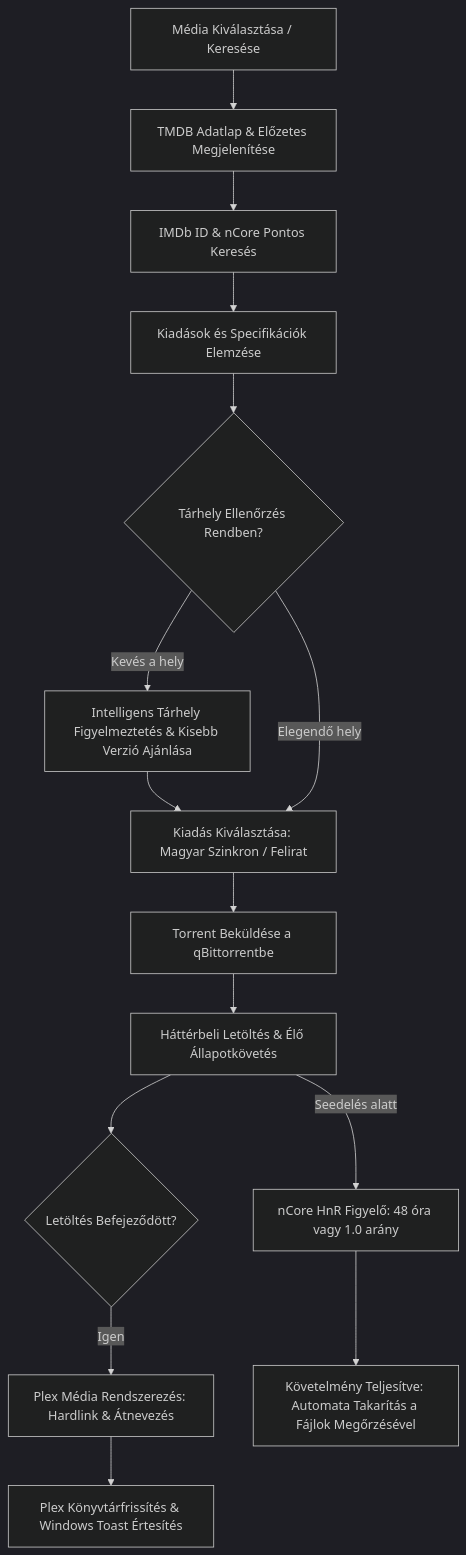
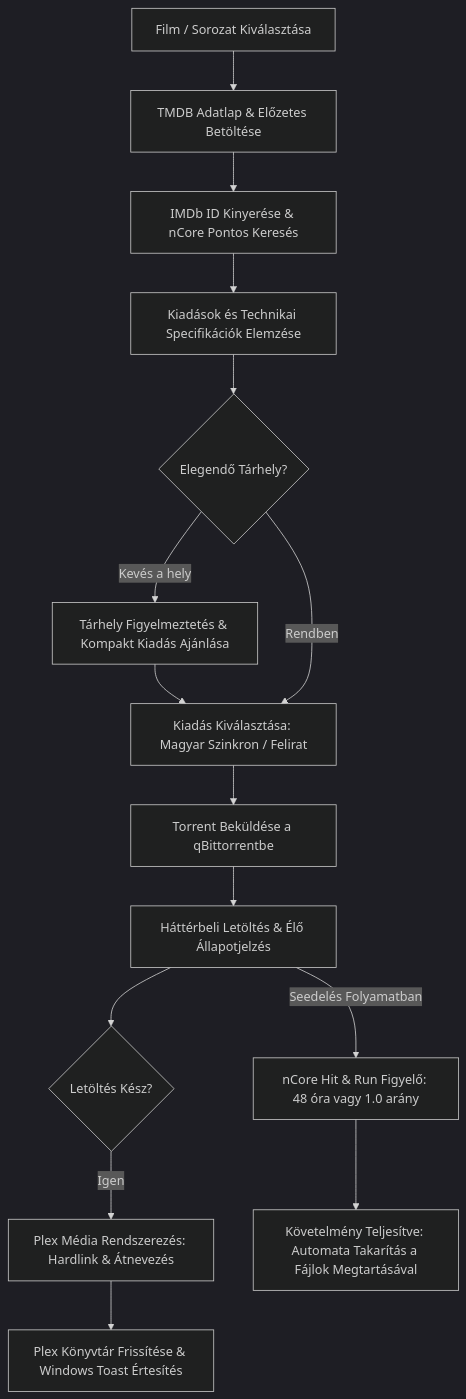
One commit to Gyuri125/ncore-plex-downloader changed the diagram in README.md. Above: the diagram before and after it, drawn with Mermaid (dark theme). The commit also changed other lines of this file and 5 other files, not shown here.

````diff
--- a/README.md
+++ b/README.md
@@ -67,21 +147,21 @@
 ```mermaid
 graph TD
-    A[Média Kiválasztása / Keresése] --> B[TMDB Adatlap & Előzetes Megjelenítése]
-    B --> C[IMDb ID & nCore Pontos Keresés]
-    C --> D[Kiadások és Specifikációk Elemzése]
-    D --> E{Tárhely Ellenőrzés Rendben?}
+    A[Film / Sorozat Kiválasztása] --> B[TMDB Adatlap & Előzetes Betöltése]
+    B --> C[IMDb ID Kinyerése & nCore Pontos Keresés]
+    C --> D[Kiadások és Technikai Specifikációk Elemzése]
+    D --> E{Elegendő Tárhely?}
     
-    E -->|Kevés a hely| W[Intelligens Tárhely Figyelmeztetés & Kisebb Verzió Ajánlása]
+    E -->|Kevés a hely| W[Tárhely Figyelmeztetés & Kompakt Kiadás Ajánlása]
     W --> F
-    E -->|Elegendő hely| F[Kiadás Kiválasztása: Magyar Szinkron / Felirat]
+    E -->|Rendben| F[Kiadás Kiválasztása: Magyar Szinkron / Felirat]
     
     F --> G[Torrent Beküldése a qBittorrentbe]
-    G --> H[Háttérbeli Letöltés & Élő Állapotkövetés]
+    G --> H[Háttérbeli Letöltés & Élő Állapotjelzés]
     
-    H --> I{Letöltés Befejeződött?}
+    H --> I{Letöltés Kész?}
     I -->|Igen| J[Plex Média Rendszerezés: Hardlink & Átnevezés]
-    J --> K[Plex Könyvtárfrissítés & Windows Toast Értesítés]
+    J --> K[Plex Könyvtár Frissítése & Windows Toast Értesítés]
     
-    H -->|Seedelés alatt| L[nCore HnR Figyelő: 48 óra vagy 1.0 arány]
-    L --> M[Követelmény Teljesítve: Automata Takarítás a Fájlok Megőrzésével]
+    H -->|Seedelés Folyamatban| L[nCore Hit & Run Figyelő: 48 óra vagy 1.0 arány]
+    L --> M[Követelmény Teljesítve: Automata Takarítás a Fájlok Megtartásával]
 ```
````
